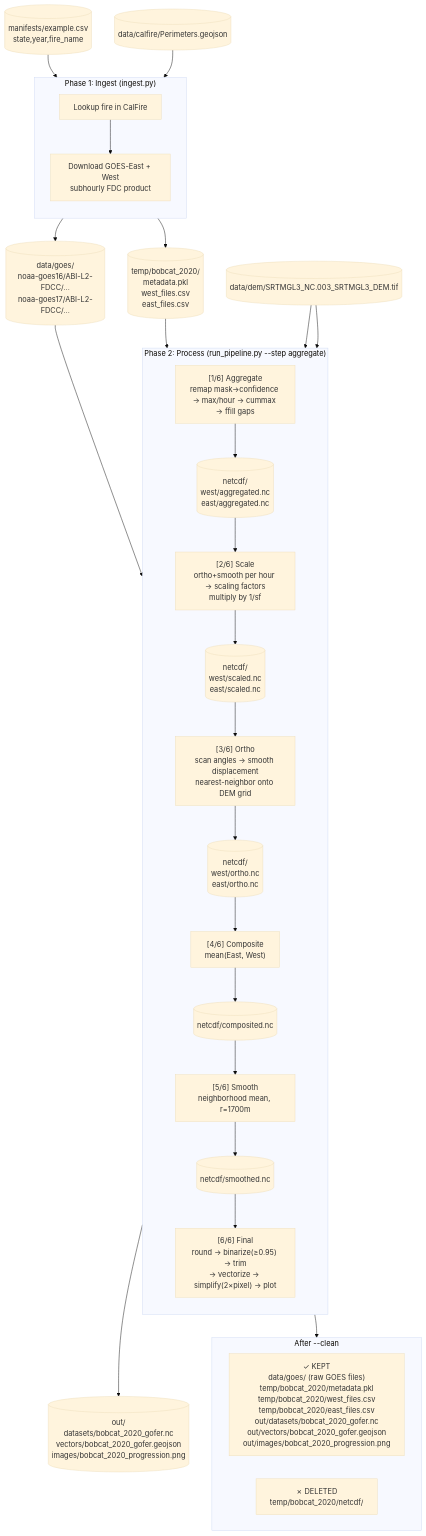
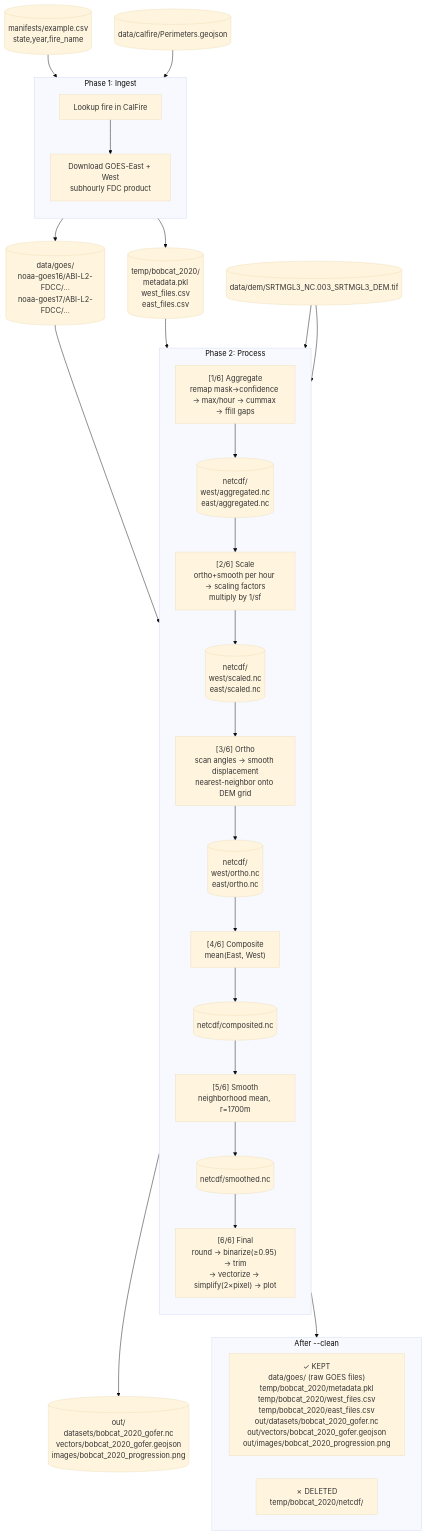
The diagram in scripts/gofer/README.md (matthewgraca/fire-spread), drawn with Mermaid (base theme) before and after one commit. The commit also changed other lines of this file, not shown here.

Commit message:
docs: readme update to reflect changes in pipeline scripts

````diff
--- a/scripts/gofer/README.md
+++ b/scripts/gofer/README.md
@@ -24,60 +2,60 @@
 ```mermaid
 flowchart TD
     %% ===== EXTERNAL INPUTS =====
     M[("manifests/example.csv<br/>state,year,fire_name")]
     CF[("data/calfire/Perimeters.geojson")]
     DEM[("data/dem/SRTMGL3_NC.003_SRTMGL3_DEM.tif")]
 
     %% ===== PHASE 1: INGEST =====
-    subgraph INGEST["Phase 1: Ingest (ingest.py)"]
+    subgraph INGEST["Phase 1: Ingest"]
         direction TB
         I["Lookup fire in CalFire"]
         DL["Download GOES-East + West<br/>subhourly FDC product"]
         I --> DL
     end
 
     M --> I
     CF --> I
 
     DL --> GOES[("data/goes/<br/>noaa-goes16/ABI-L2-FDCC/...<br/>noaa-goes17/ABI-L2-FDCC/...")]
     DL --> META[("temp/bobcat_2020/<br/>metadata.pkl<br/>west_files.csv<br/>east_files.csv")]
 
     %% ===== PHASE 2: PROCESS =====
-    subgraph PROCESS["Phase 2: Process (run_pipeline.py --step aggregate)"]
+    subgraph PROCESS["Phase 2: Process"]
         direction TB
         
         AGG["[1/6] Aggregate<br/>remap mask→confidence → max/hour → cummax → ffill gaps"]
         AGG --> AGG_OUT[("netcdf/<br/>west/aggregated.nc<br/>east/aggregated.nc")]
         
         AGG_OUT --> SCALE["[2/6] Scale<br/>ortho+smooth per hour → scaling factors<br/>multiply by 1/sf"]
         SCALE --> SCALE_OUT[("netcdf/<br/>west/scaled.nc<br/>east/scaled.nc")]
         
         SCALE_OUT --> ORTHO["[3/6] Ortho<br/>scan angles → smooth displacement<br/>nearest-neighbor onto DEM grid"]
         ORTHO --> ORTHO_OUT[("netcdf/<br/>west/ortho.nc<br/>east/ortho.nc")]
         
         ORTHO_OUT --> COMP["[4/6] Composite<br/>mean(East, West)"]
         COMP --> COMP_OUT[("netcdf/composited.nc")]
         
         COMP_OUT --> SMOOTH["[5/6] Smooth<br/>neighborhood mean, r=1700m"]
         SMOOTH --> SMOOTH_OUT[("netcdf/smoothed.nc")]
         
         SMOOTH_OUT --> FINAL["[6/6] Final<br/>round → binarize(≥0.95) → trim<br/>→ vectorize → simplify(2×pixel) → plot"]
     end
 
     GOES --> AGG
     META --> AGG
     DEM --> SCALE
     DEM --> ORTHO
 
     %% ===== OUTPUTS =====
     FINAL --> OUT[("out/<br>datasets/bobcat_2020_gofer.nc<br>vectors/bobcat_2020_gofer.geojson<br>images/bobcat_2020_progression.png")]
 
     %% ===== CLEANUP =====
     subgraph CLEANUP["After --clean"]
         direction LR
         KEPT["✓ KEPT<br/>data/goes/ (raw GOES files)<br/>temp/bobcat_2020/metadata.pkl<br/>temp/bobcat_2020/west_files.csv<br/>temp/bobcat_2020/east_files.csv<br/>out/datasets/bobcat_2020_gofer.nc<br/>out/vectors/bobcat_2020_gofer.geojson<br/>out/images/bobcat_2020_progression.png"]
         DELETED["✗ DELETED<br/>temp/bobcat_2020/netcdf/"]
     end
 
     PROCESS --> CLEANUP
 ```
````
